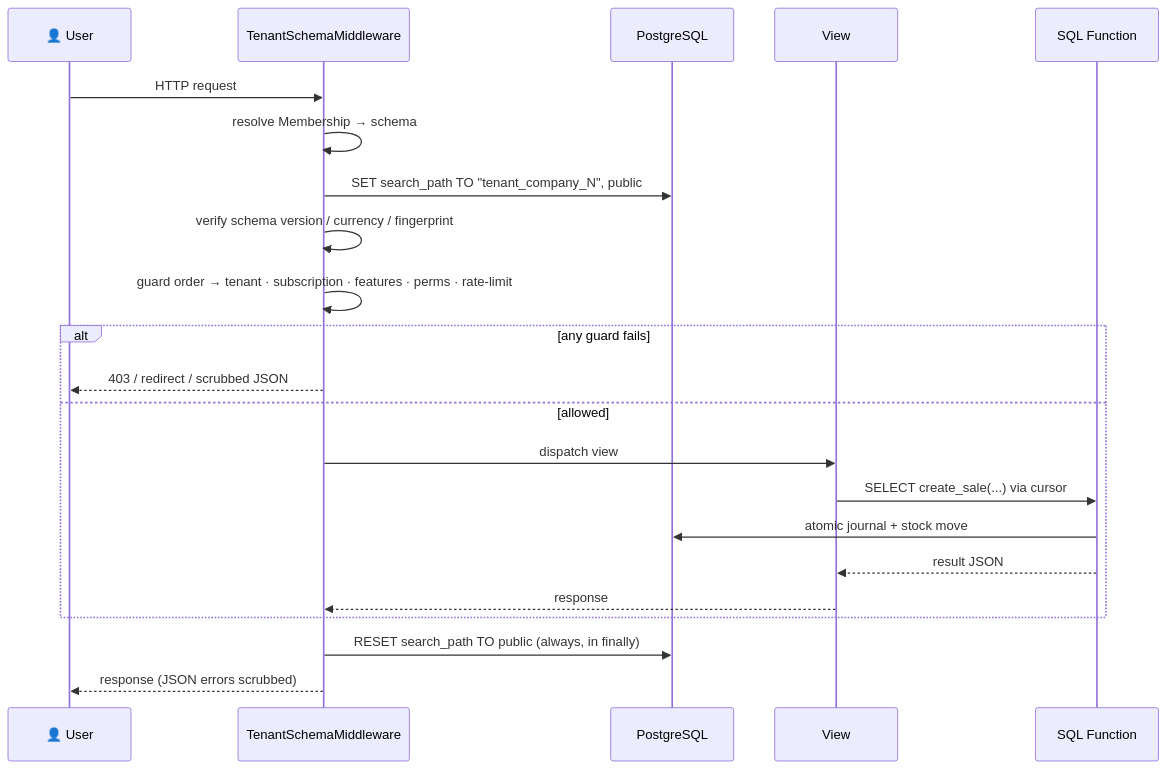
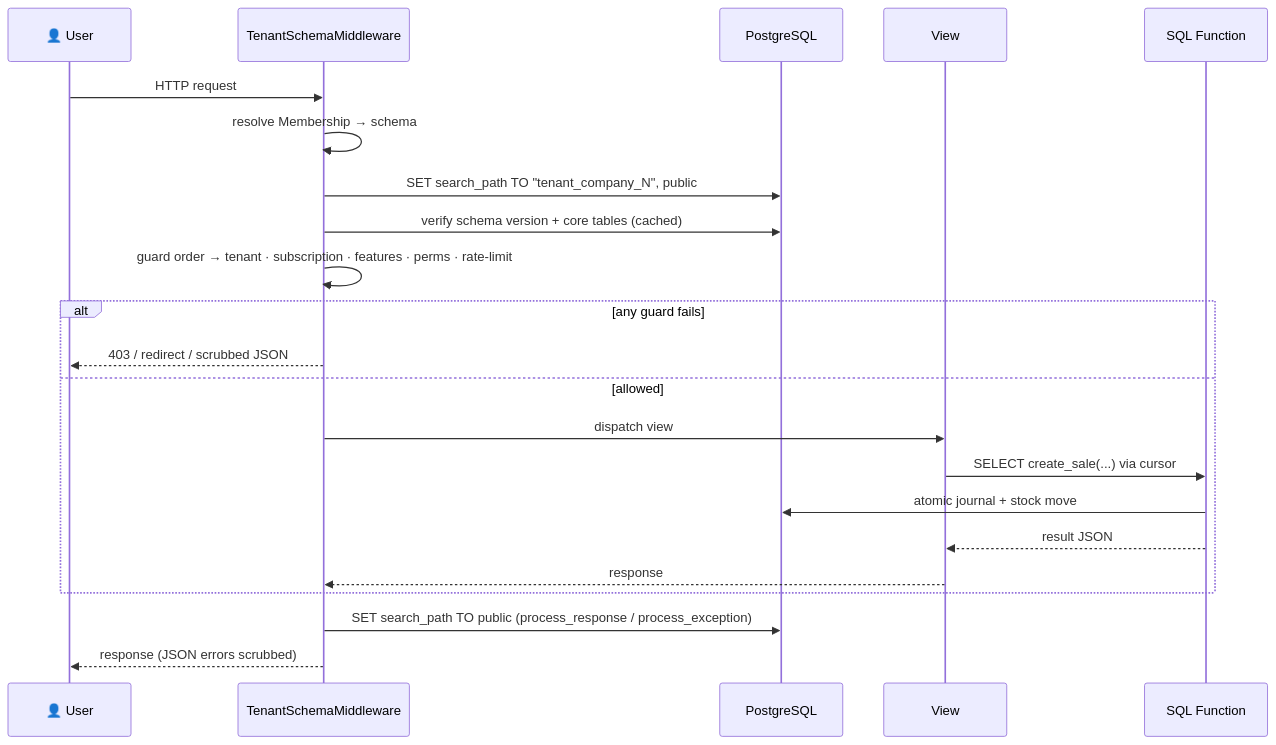
The fourth of 9 diagrams in README.md (Maaz-Bin-Haider/Financee_Multitenant_Production), drawn with Mermaid before and after one commit. The commit also changed other lines of this file and 2 other files, not shown here.

````diff
--- a/README.md
+++ b/README.md
@@ -242,25 +242,25 @@
 ```mermaid
 sequenceDiagram
     participant U as 👤 User
     participant MW as TenantSchemaMiddleware
     participant DB as PostgreSQL
     participant V as View
     participant FN as SQL Function
 
     U->>MW: HTTP request
     MW->>MW: resolve Membership → schema
     MW->>DB: SET search_path TO "tenant_company_N", public
-    MW->>MW: verify schema version / currency / fingerprint
+    MW->>DB: verify schema version + core tables (cached)
     MW->>MW: guard order → tenant · subscription · features · perms · rate-limit
     alt any guard fails
         MW-->>U: 403 / redirect / scrubbed JSON
     else allowed
         MW->>V: dispatch view
         V->>FN: SELECT create_sale(...) via cursor
         FN->>DB: atomic journal + stock move
         FN-->>V: result JSON
         V-->>MW: response
     end
-    MW->>DB: RESET search_path TO public  (always, in finally)
+    MW->>DB: SET search_path TO public (process_response / process_exception)
     MW-->>U: response (JSON errors scrubbed)
 ```
````
